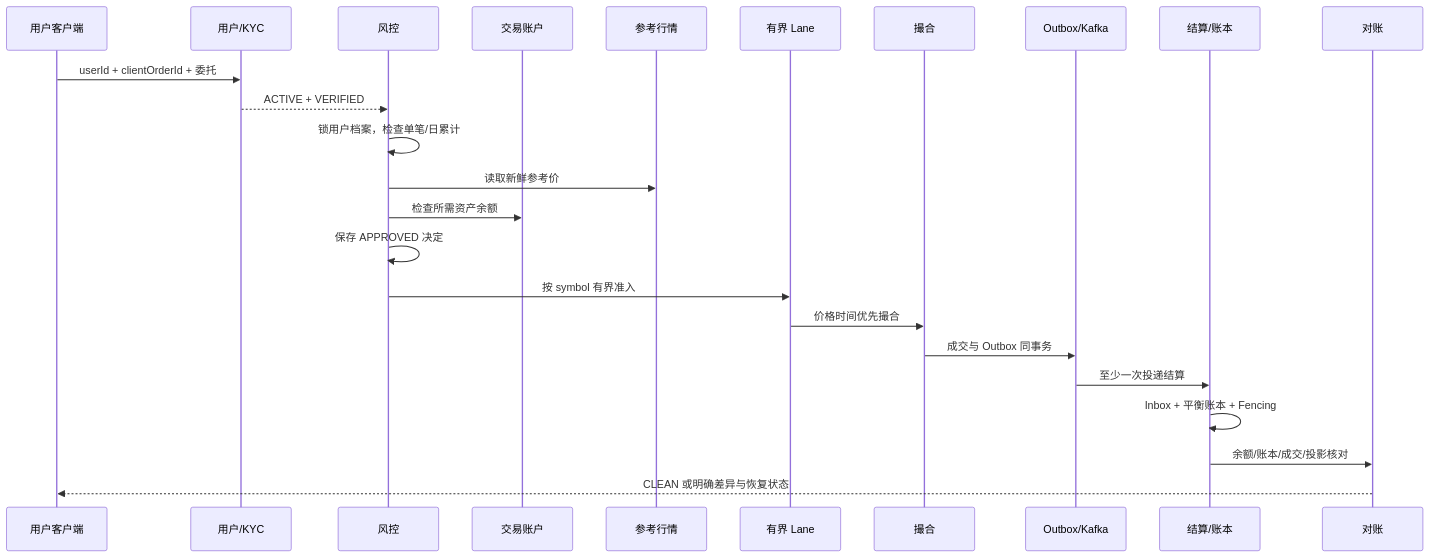
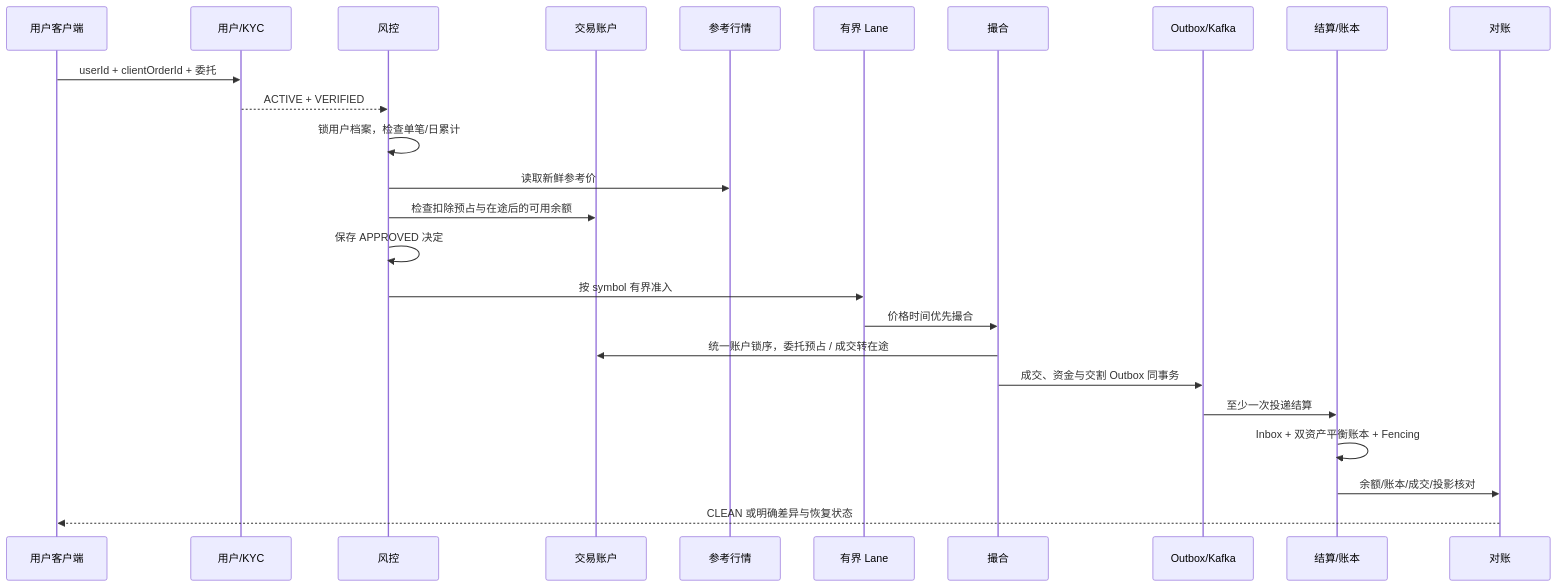
One commit to soldierking04d/fincore-reliability-lab changed the diagram in docs/full-trading-lifecycle.md. Above: the diagram before and after it, drawn with Mermaid. The commit also changed other lines of this file and 4 other files, not shown here.

````diff
--- a/docs/full-trading-lifecycle.md
+++ b/docs/full-trading-lifecycle.md
@@ -157,27 +160,28 @@
 ```mermaid
 sequenceDiagram
     participant C as 用户客户端
     participant U as 用户/KYC
     participant R as 风控
     participant A as 交易账户
     participant M as 参考行情
     participant Q as 有界 Lane
     participant E as 撮合
     participant O as Outbox/Kafka
     participant S as 结算/账本
     participant X as 对账
 
     C->>U: userId + clientOrderId + 委托
     U-->>R: ACTIVE + VERIFIED
     R->>R: 锁用户档案，检查单笔/日累计
     R->>M: 读取新鲜参考价
-    R->>A: 检查所需资产余额
+    R->>A: 检查扣除预占与在途后的可用余额
     R->>R: 保存 APPROVED 决定
     R->>Q: 按 symbol 有界准入
     Q->>E: 价格时间优先撮合
-    E->>O: 成交与 Outbox 同事务
+    E->>A: 统一账户锁序，委托预占 / 成交转在途
+    E->>O: 成交、资金与交割 Outbox 同事务
     O->>S: 至少一次投递结算
-    S->>S: Inbox + 平衡账本 + Fencing
+    S->>S: Inbox + 双资产平衡账本 + Fencing
     S->>X: 余额/账本/成交/投影核对
     X-->>C: CLEAN 或明确差异与恢复状态
 ```
````
